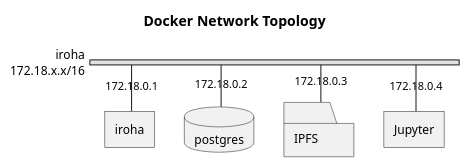
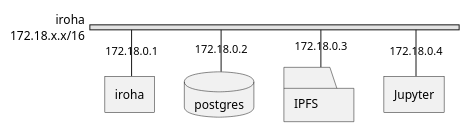
One commit to OliveiraEdu/d-OSP changed the diagram in diagrams/plantUML/network_topology.wsd. Above: the diagram before and after it, drawn with PlantUML. The commit also changed 110 other files, not shown here.

```diff
--- a/diagrams/plantUML/network_topology.wsd
+++ b/diagrams/plantUML/network_topology.wsd
@@ -1,15 +1,15 @@
 @startuml
 skinparam monochrome true
 
-title Docker Network Topology
+' title Docker Network Topology
 nwdiag {
   network iroha {
       address = "172.18.x.x/16"
 
       iroha [address = "172.18.0.1"];
       postgres [address = "172.18.0.2", shape = database];
       IPFS [address = "172.18.0.3", shape = folder];
       Jupyter [address = "172.18.0.4"];
   }
 }
 @enduml
```
